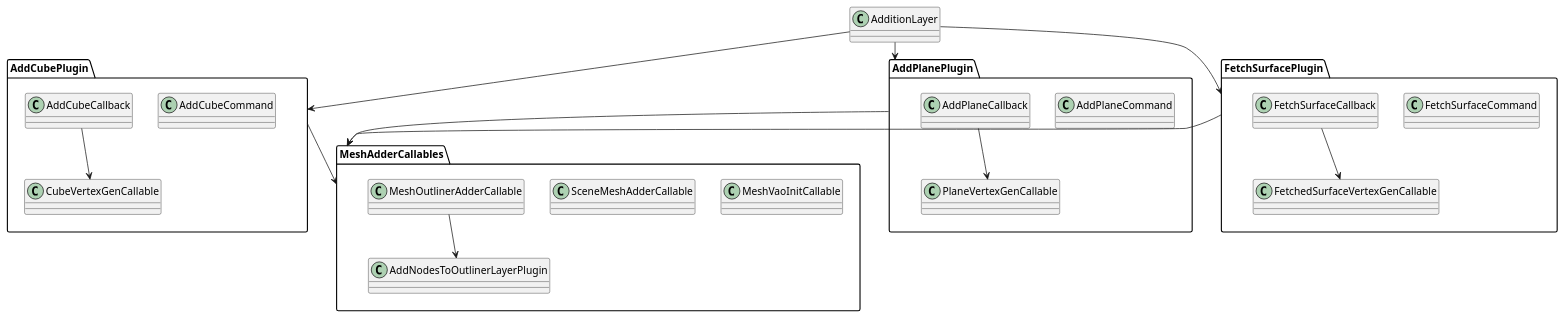
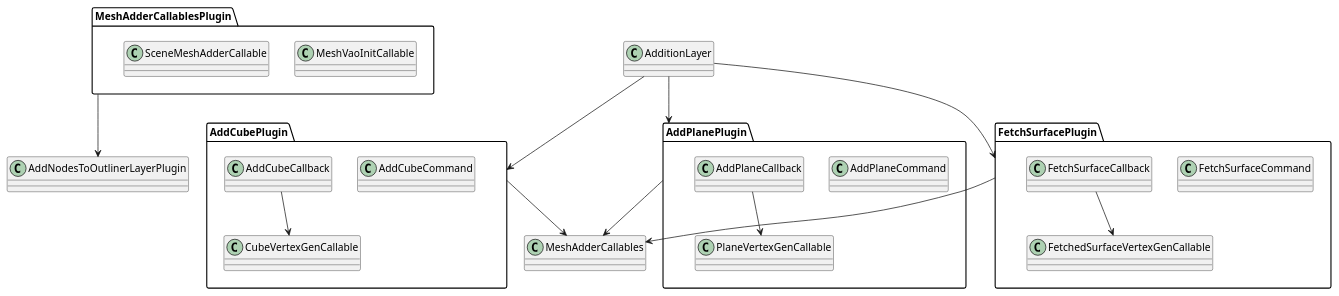
One commit to iomko/SurfaceEditor changed the diagram in docs/PluginDependencies/AdditionLayerDependencies.puml. Above: the diagram before and after it, drawn with PlantUML. The commit also changed 30 other files, not shown here.

```diff
--- a/docs/PluginDependencies/AdditionLayerDependencies.puml
+++ b/docs/PluginDependencies/AdditionLayerDependencies.puml
@@ -1,43 +1,42 @@
 @startuml AdditionLayerDependencies
 
-package "MeshAdderCallables"{
+package "MeshAdderCallablesPlugin"{
     class MeshVaoInitCallable
     class SceneMeshAdderCallable
-    class MeshOutlinerAdderCallable
-    MeshOutlinerAdderCallable --> AddNodesToOutlinerLayerPlugin
 }
+MeshAdderCallablesPlugin --> AddNodesToOutlinerLayerPlugin
 
 
 package "AddCubePlugin" {
     class AddCubeCommand
     class AddCubeCallback
     class CubeVertexGenCallable
 
     AddCubeCallback --> CubeVertexGenCallable      
 }
 AddCubePlugin --> MeshAdderCallables
 
 package "AddPlanePlugin" {
     class AddPlaneCommand
     class AddPlaneCallback
     class PlaneVertexGenCallable
 
     AddPlaneCallback --> PlaneVertexGenCallable
 }
 AddPlanePlugin --> MeshAdderCallables
 
 package "FetchSurfacePlugin" {
     class FetchSurfaceCommand
     class FetchSurfaceCallback
     class FetchedSurfaceVertexGenCallable
 
     FetchSurfaceCallback --> FetchedSurfaceVertexGenCallable
 }
 FetchSurfacePlugin --> MeshAdderCallables
 
 class AdditionLayer
 AdditionLayer --> AddCubePlugin
 AdditionLayer --> AddPlanePlugin
 AdditionLayer --> FetchSurfacePlugin
 
 @enduml
```
